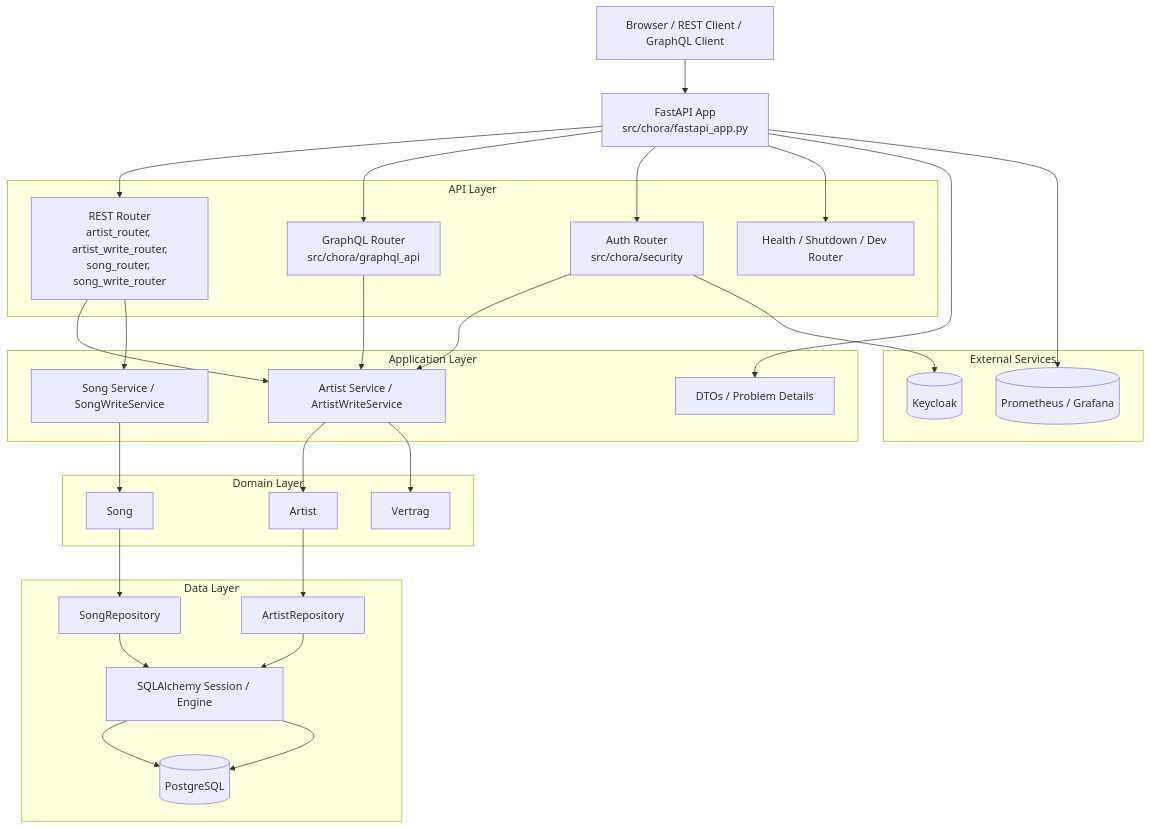
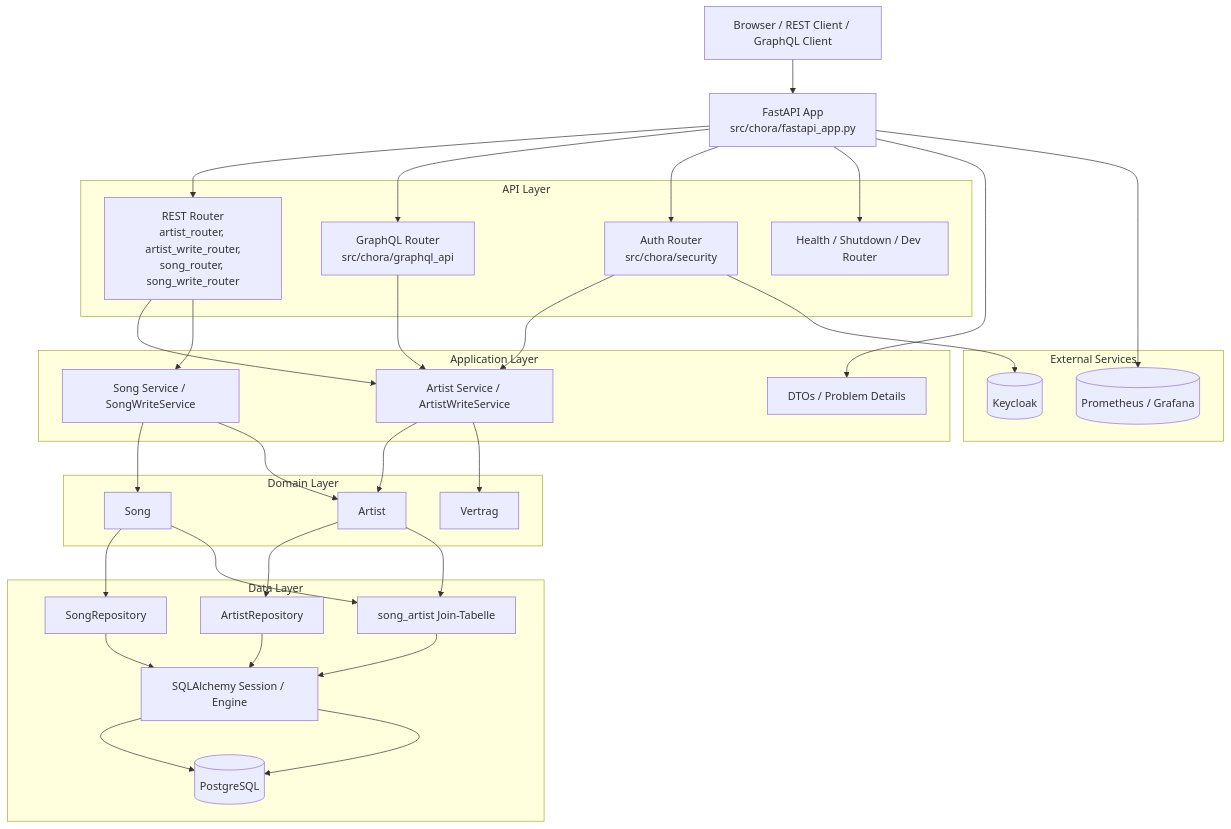
Before and after one commit to niko1405/chora-backend: the diagram in README.md, drawn with Mermaid. The commit also changed other lines of this file, not shown here.

````diff
--- a/README.md
+++ b/README.md
@@ -10,56 +11,61 @@
 ```mermaid
 flowchart TB
-	client[Browser / REST Client / GraphQL Client] --> app[FastAPI App<br/>src/chora/fastapi_app.py]
+  client[Browser / REST Client / GraphQL Client] --> app[FastAPI App<br/>src/chora/fastapi_app.py]
 
-	subgraph api[API Layer]
-		rest[REST Router<br/>artist_router, artist_write_router,<br/>song_router, song_write_router]
-		gql[GraphQL Router<br/>src/chora/graphql_api]
-		auth[Auth Router<br/>src/chora/security]
-		ops[Health / Shutdown / Dev Router]
-	end
+  subgraph api[API Layer]
+    rest[REST Router<br/>artist_router, artist_write_router,<br/>song_router, song_write_router]
+    gql[GraphQL Router<br/>src/chora/graphql_api]
+    auth[Auth Router<br/>src/chora/security]
+    ops[Health / Shutdown / Dev Router]
+  end
 
-	app --> rest
-	app --> gql
-	app --> auth
-	app --> ops
+  app --> rest
+  app --> gql
+  app --> auth
+  app --> ops
 
-	subgraph app_layer[Application Layer]
-		artist_service[Artist Service / ArtistWriteService]
-		song_service[Song Service / SongWriteService]
-		dto[DTOs / Problem Details]
-	end
+  subgraph app_layer[Application Layer]
+    artist_service[Artist Service / ArtistWriteService]
+    song_service[Song Service / SongWriteService]
+    dto[DTOs / Problem Details]
+  end
 
-	rest --> artist_service
-	rest --> song_service
-	gql --> artist_service
-	auth --> artist_service
-	app --> dto
+  rest --> artist_service
+  rest --> song_service
+  gql --> artist_service
+  auth --> artist_service
+  app --> dto
 
-	subgraph domain[Domain Layer]
-		artist[Artist]
-		song[Song]
-		vertrag[Vertrag]
-	end
+  subgraph domain[Domain Layer]
+    artist[Artist]
+    song[Song]
+    vertrag[Vertrag]
+  end
 
-	artist_service --> artist
-	artist_service --> vertrag
-	song_service --> song
+  artist_service --> artist
+  artist_service --> vertrag
+  song_service --> song
+  song_service --> artist
 
-	subgraph data[Data Layer]
-		artist_repo[ArtistRepository]
-		song_repo[SongRepository]
-		session[SQLAlchemy Session / Engine]
-		db[(PostgreSQL)]
-	end
+  subgraph data[Data Layer]
+    artist_repo[ArtistRepository]
+    song_repo[SongRepository]
+    song_artist[song_artist Join-Tabelle]
+    session[SQLAlchemy Session / Engine]
+    db[(PostgreSQL)]
+  end
 
-	artist --> artist_repo --> session --> db
-	song --> song_repo --> session --> db
+  artist --> artist_repo --> session --> db
+  song --> song_repo --> session --> db
+  artist --> song_artist
+  song --> song_artist
+  song_artist --> session
 
-	subgraph external[External Services]
-		keycloak[(Keycloak)]
-		prometheus[(Prometheus / Grafana)]
-	end
+  subgraph external[External Services]
+    keycloak[(Keycloak)]
+    prometheus[(Prometheus / Grafana)]
+  end
 
-	auth --> keycloak
-	app --> prometheus
+  auth --> keycloak
+  app --> prometheus
 ```
````
